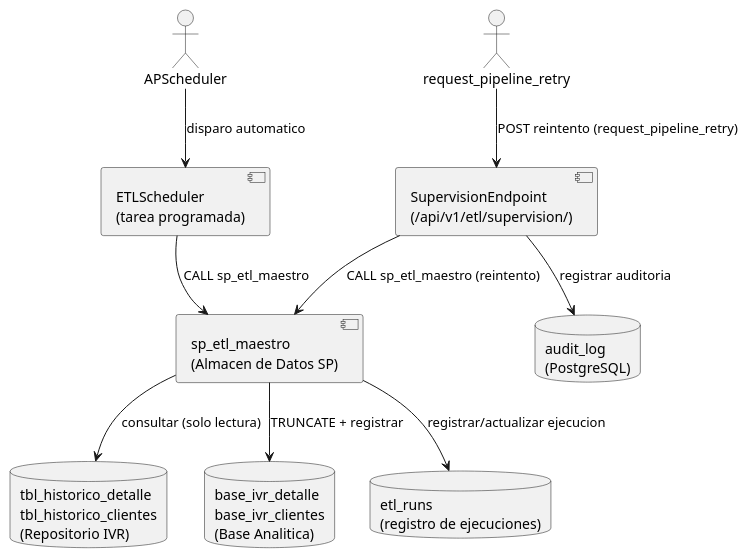
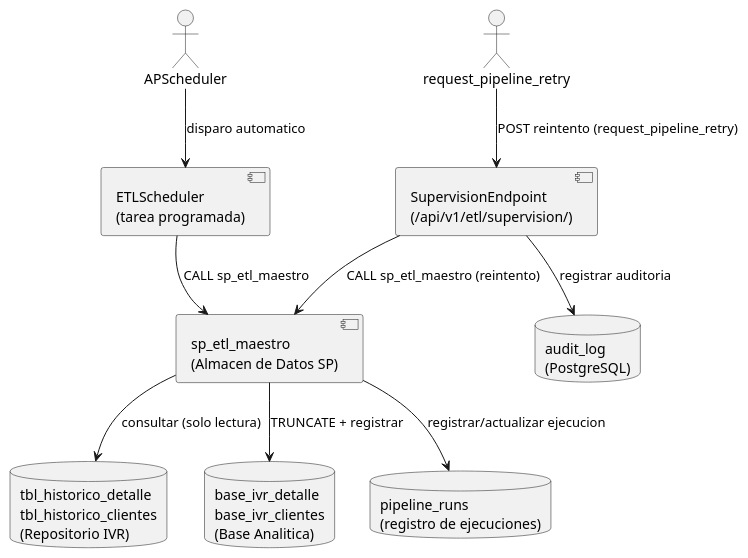
One commit to jcg-admin/IACT-docs changed the diagram in source/arquitectura-tecnica/modulos/etl-monitoring/diagramas/componentes-mod-pipeline.rst. Above: the diagram before and after it, drawn with PlantUML. The commit also changed 96 other files, not shown here.

First line of the commit message:
Apply CNST-033: rename ETL→Pipeline in domain-model + sweep refs

```diff
--- a/source/arquitectura-tecnica/modulos/etl-monitoring/diagramas/componentes-mod-pipeline.rst
+++ b/source/arquitectura-tecnica/modulos/etl-monitoring/diagramas/componentes-mod-pipeline.rst
@@ -19,27 +19,27 @@
 .. uml::
  :caption: Componentes de MOD_Pipeline y sus dependencias de datos.
 
  @startuml
 
  actor "APScheduler" as Apscheduler
  actor "request_pipeline_retry" as request_pipeline_retry
 
  component "sp_etl_maestro\n(Almacen de Datos SP)" as ARTEFACTO_SP_ETL
  component "SupervisionEndpoint\n(/api/v1/etl/supervision/)" as Supervisionendpoint
  component "ETLScheduler\n(tarea programada)" as PROGRAMADOR_ETL
 
  database "tbl_historico_detalle\ntbl_historico_clientes\n(Repositorio IVR)" as HISTORICO_IVR
  database "base_ivr_detalle\nbase_ivr_clientes\n(Base Analitica)" as BASE_ANALITICA
- database "etl_runs\n(registro de ejecuciones)" as TABLA_ETL_RUNS
+ database "pipeline_runs\n(registro de ejecuciones)" as TABLA_ETL_RUNS
  database "audit_log\n(PostgreSQL)" as TABLA_AUDIT_LOG
 
  Apscheduler --> PROGRAMADOR_ETL : disparo automatico
  request_pipeline_retry --> Supervisionendpoint : POST reintento (request_pipeline_retry)
  PROGRAMADOR_ETL --> ARTEFACTO_SP_ETL : CALL sp_etl_maestro
  Supervisionendpoint --> ARTEFACTO_SP_ETL : CALL sp_etl_maestro (reintento)
  ARTEFACTO_SP_ETL --> HISTORICO_IVR : consultar (solo lectura)
  ARTEFACTO_SP_ETL --> BASE_ANALITICA : TRUNCATE + registrar
  ARTEFACTO_SP_ETL --> TABLA_ETL_RUNS : registrar/actualizar ejecucion
  Supervisionendpoint --> TABLA_AUDIT_LOG : registrar auditoria
 
  @enduml
```
